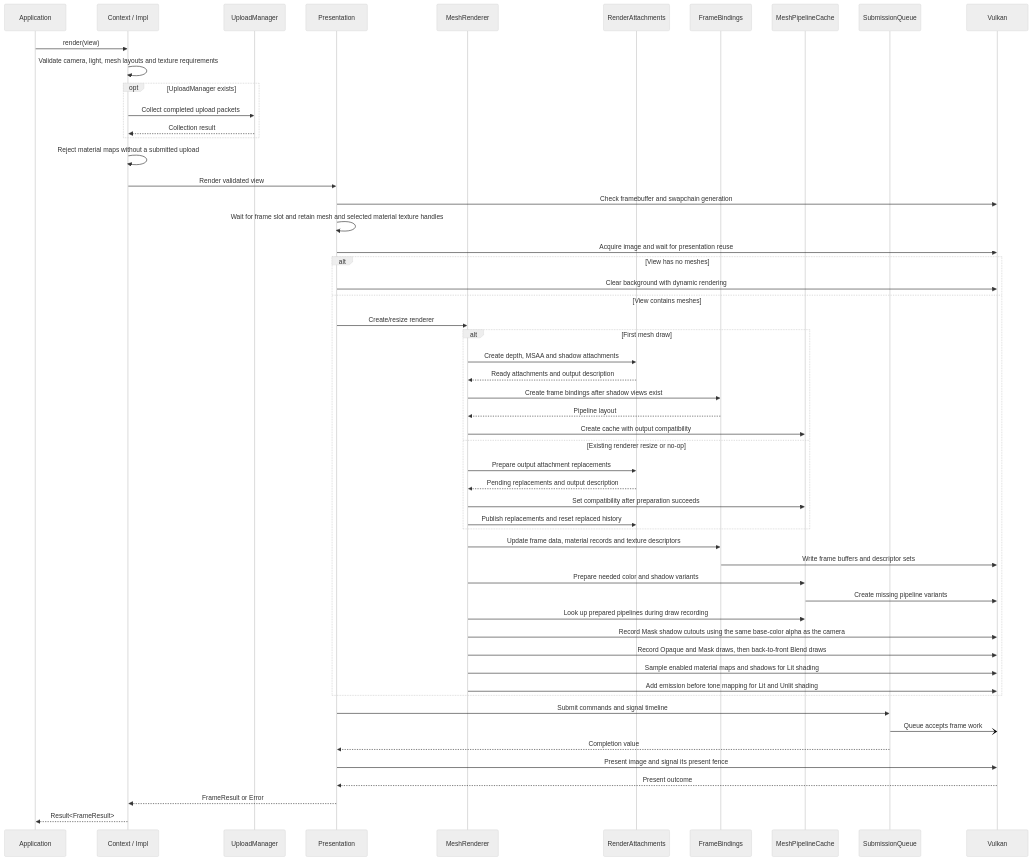
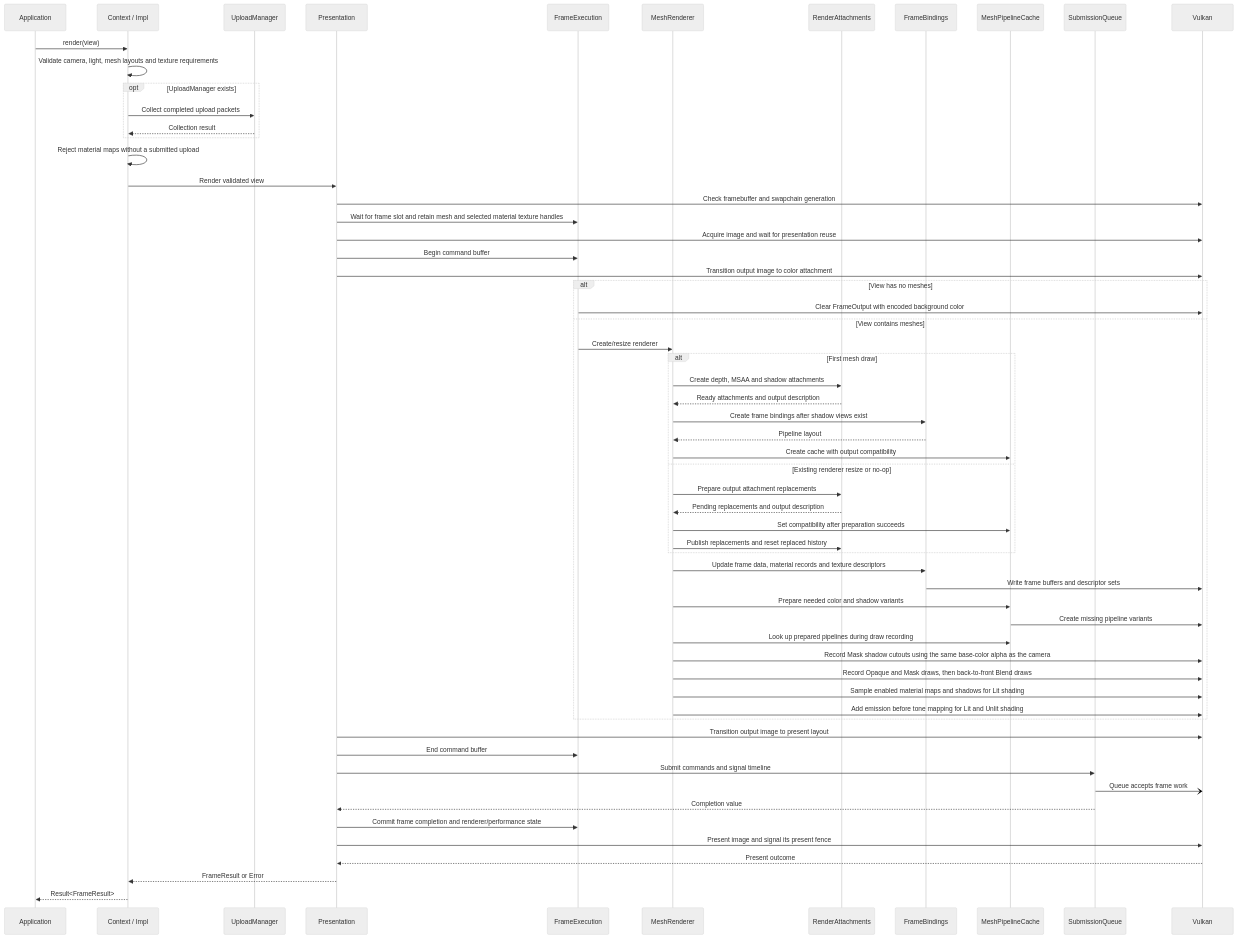
One commit to a-soltysik/Panda changed the diagram in docs/use-cases/render-view.md. Above: the diagram before and after it, drawn with Mermaid (neutral theme). The commit also changed other lines of this file and 23 other files, not shown here.

First line of the commit message:
Separate frame execution from window presentation (#111)

````diff
--- a/docs/use-cases/render-view.md
+++ b/docs/use-cases/render-view.md
@@ -82,57 +89,63 @@
 ```mermaid
 sequenceDiagram
     participant A as Application
     participant C as Context / Impl
     participant U as UploadManager
     participant P as Presentation
+    participant E as FrameExecution
     participant R as MeshRenderer
     participant RA as RenderAttachments
     participant B as FrameBindings
     participant K as MeshPipelineCache
     participant Q as SubmissionQueue
     participant V as Vulkan
     A->>C: render(view)
     C->>C: Validate camera, light, mesh layouts and texture requirements
     opt UploadManager exists
         C->>U: Collect completed upload packets
         U-->>C: Collection result
     end
     C->>C: Reject material maps without a submitted upload
     C->>P: Render validated view
     P->>V: Check framebuffer and swapchain generation
-    P->>P: Wait for frame slot and retain mesh and selected material texture handles
+    P->>E: Wait for frame slot and retain mesh and selected material texture handles
     P->>V: Acquire image and wait for presentation reuse
+    P->>E: Begin command buffer
+    P->>V: Transition output image to color attachment
     alt View has no meshes
-        P->>V: Clear background with dynamic rendering
+        E->>V: Clear FrameOutput with encoded background color
     else View contains meshes
-        P->>R: Create/resize renderer
+        E->>R: Create/resize renderer
         alt First mesh draw
             R->>RA: Create depth, MSAA and shadow attachments
             RA-->>R: Ready attachments and output description
             R->>B: Create frame bindings after shadow views exist
             B-->>R: Pipeline layout
             R->>K: Create cache with output compatibility
         else Existing renderer resize or no-op
             R->>RA: Prepare output attachment replacements
             RA-->>R: Pending replacements and output description
             R->>K: Set compatibility after preparation succeeds
             R->>RA: Publish replacements and reset replaced history
         end
         R->>B: Update frame data, material records and texture descriptors
         B->>V: Write frame buffers and descriptor sets
         R->>K: Prepare needed color and shadow variants
         K->>V: Create missing pipeline variants
         R->>K: Look up prepared pipelines during draw recording
         R->>V: Record Mask shadow cutouts using the same base-color alpha as the camera
         R->>V: Record Opaque and Mask draws, then back-to-front Blend draws
         R->>V: Sample enabled material maps and shadows for Lit shading
         R->>V: Add emission before tone mapping for Lit and Unlit shading
     end
+    P->>V: Transition output image to present layout
+    P->>E: End command buffer
     P->>Q: Submit commands and signal timeline
     Q-)V: Queue accepts frame work
     Q-->>P: Completion value
+    P->>E: Commit frame completion and renderer/performance state
     P->>V: Present image and signal its present fence
     V-->>P: Present outcome
     P-->>C: FrameResult or Error
     C-->>A: Result<FrameResult>
 ```
````
